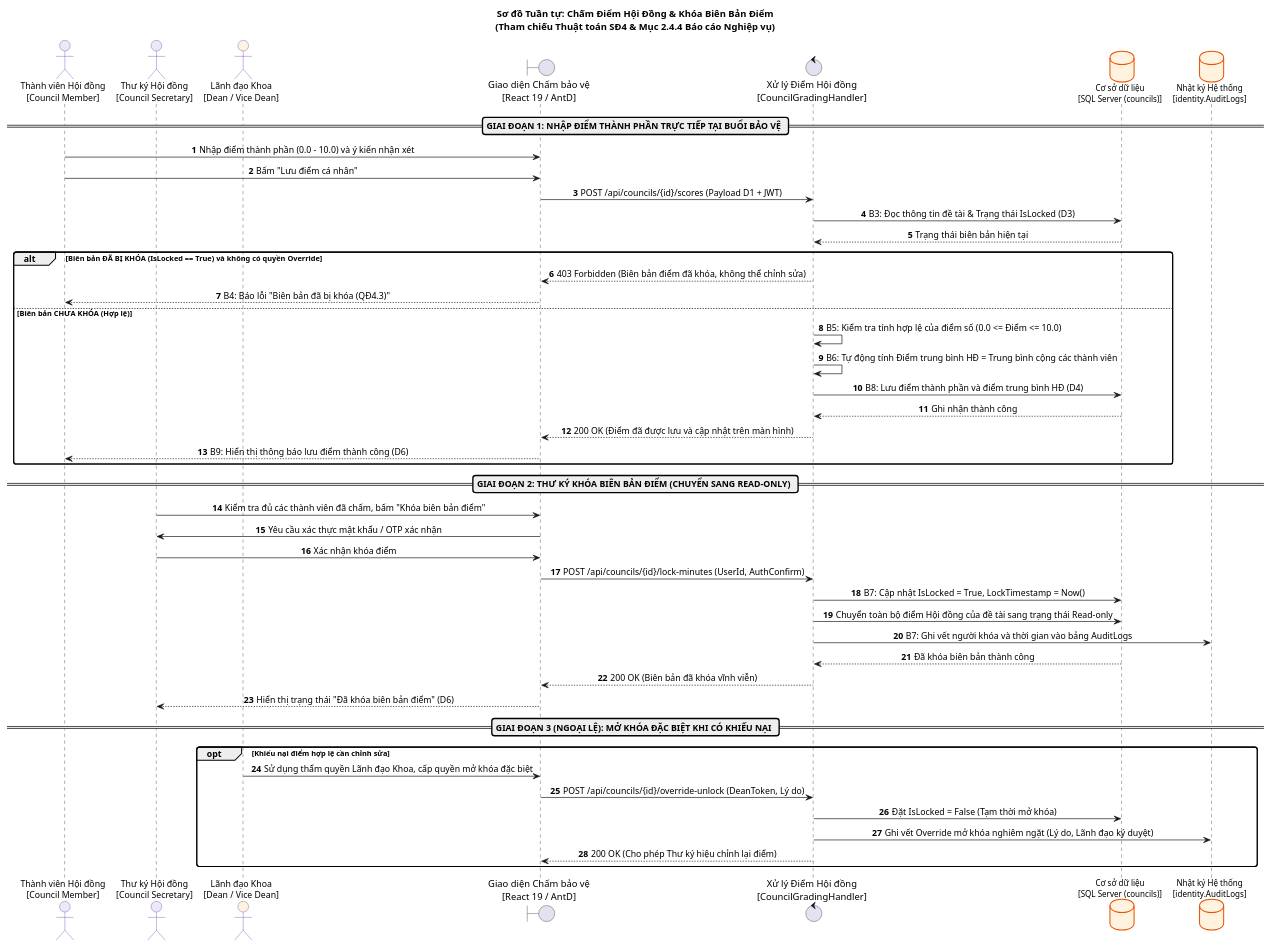
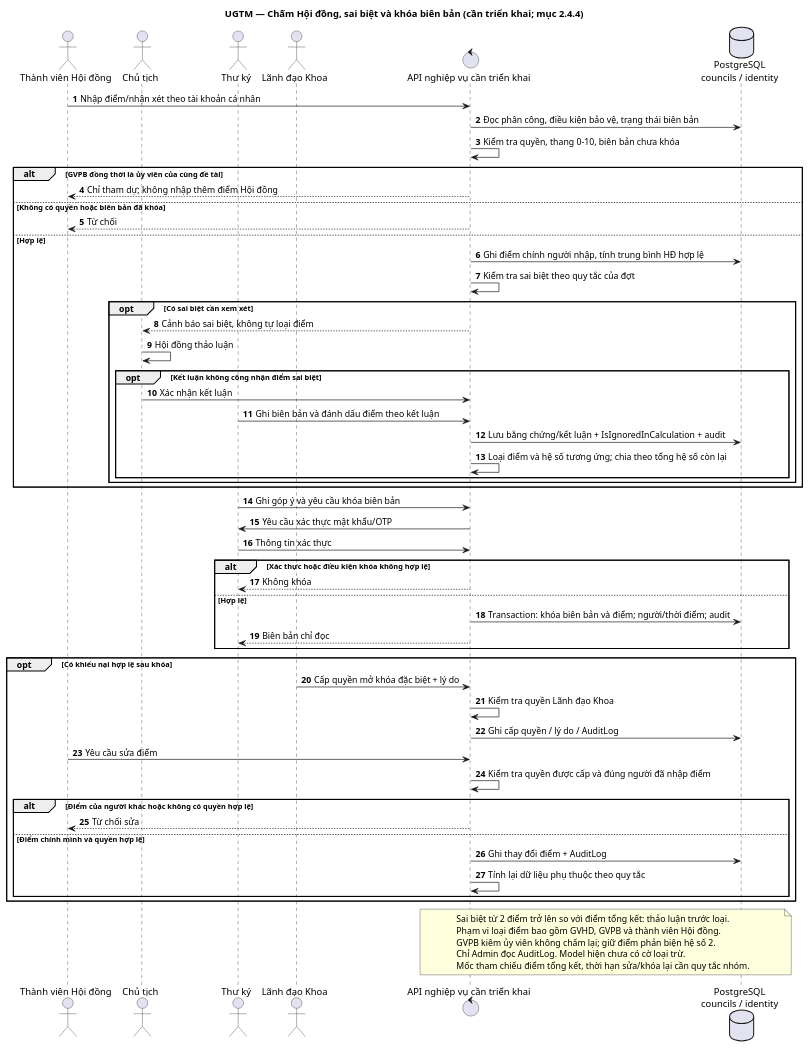
Before and after one commit to karasuma-2401/UGTM: the diagram in docs/PlantUML/Sequences/SD4_ChamDiemHoiDong_KhoaBienBan.puml, drawn with PlantUML. The commit also changed 324 other files, not shown here.

```diff
--- a/docs/PlantUML/Sequences/SD4_ChamDiemHoiDong_KhoaBienBan.puml
+++ b/docs/PlantUML/Sequences/SD4_ChamDiemHoiDong_KhoaBienBan.puml
@@ -1,80 +1,61 @@
 @startuml SD4_ChamDiemHoiDong_KhoaBienBan
+skinparam shadowing false
 autonumber
-skinparam roundcorner 8
-skinparam shadowing false
-skinparam sequenceMessageAlign center
-
-skinparam actor {
-    BackgroundColor #EDE7F6
-    BorderColor #512DA8
-    FontName Arial
-    FontSize 13
-}
-
-skinparam participant {
-    BackgroundColor #FFFFFF
-    BorderColor #1E88E5
-    FontName Arial
-    FontSize 12
-}
-
-skinparam database {
-    BackgroundColor #FFF3E0
-    BorderColor #E65100
-    FontName Arial
-    FontSize 12
-}
-
-title Sơ đồ Tuần tự: Chấm Điểm Hội Đồng & Khóa Biên Bản Điểm\n(Tham chiếu Thuật toán SĐ4 & Mục 2.4.4 Báo cáo Nghiệp vụ)
-
-actor "Thành viên Hội đồng\n[Council Member]" as Member
-actor "Thư ký Hội đồng\n[Council Secretary]" as Secretary
-actor "Lãnh đạo Khoa\n[Dean / Vice Dean]" as Dean #FFF3E0
-boundary "Giao diện Chấm bảo vệ\n[React 19 / AntD]" as SPA
-control "Xử lý Điểm Hội đồng\n[CouncilGradingHandler]" as Handler
-database "Cơ sở dữ liệu\n[SQL Server (councils)]" as DB
-database "Nhật ký Hệ thống\n[identity.AuditLogs]" as Audit
-
-== GIAI ĐOẠN 1: NHẬP ĐIỂM THÀNH PHẦN TRỰC TIẾP TẠI BUỔI BẢO VỆ ==
-Member -> SPA: Nhập điểm thành phần (0.0 - 10.0) và ý kiến nhận xét
-Member -> SPA: Bấm "Lưu điểm cá nhân"
-SPA -> Handler: POST /api/councils/{id}/scores (Payload D1 + JWT)
-
-Handler -> DB: B3: Đọc thông tin đề tài & Trạng thái IsLocked (D3)
-DB --> Handler: Trạng thái biên bản hiện tại
-
-alt Biên bản ĐÃ BỊ KHÓA (IsLocked == True) và không có quyền Override
-    Handler --> SPA: 403 Forbidden (Biên bản điểm đã khóa, không thể chỉnh sửa)
-    SPA --> Member: B4: Báo lỗi "Biên bản đã bị khóa (QĐ4.3)"
-else Biên bản CHƯA KHÓA (Hợp lệ)
-    Handler -> Handler: B5: Kiểm tra tính hợp lệ của điểm số (0.0 <= Điểm <= 10.0)
-    Handler -> Handler: B6: Tự động tính Điểm trung bình HĐ = Trung bình cộng các thành viên
-    Handler -> DB: B8: Lưu điểm thành phần và điểm trung bình HĐ (D4)
-    DB --> Handler: Ghi nhận thành công
-    Handler --> SPA: 200 OK (Điểm đã được lưu và cập nhật trên màn hình)
-    SPA --> Member: B9: Hiển thị thông báo lưu điểm thành công (D6)
+title UGTM — Chấm Hội đồng, sai biệt và khóa biên bản (cần triển khai; mục 2.4.4)
+actor "Thành viên Hội đồng" as Member
+actor "Chủ tịch" as Chair
+actor "Thư ký" as Secretary
+actor "Lãnh đạo Khoa" as Leader
+control "API nghiệp vụ cần triển khai" as API
+database "PostgreSQL\ncouncils / identity" as DB
+Member -> API : Nhập điểm/nhận xét theo tài khoản cá nhân
+API -> DB : Đọc phân công, điều kiện bảo vệ, trạng thái biên bản
+API -> API : Kiểm tra quyền, thang 0–10, biên bản chưa khóa
+alt GVPB đồng thời là ủy viên của cùng đề tài
+ API --> Member : Chỉ tham dự; không nhập thêm điểm Hội đồng
+else Không có quyền hoặc biên bản đã khóa
+ API --> Member : Từ chối
+else Hợp lệ
+ API -> DB : Ghi điểm chính người nhập, tính trung bình HĐ hợp lệ
+ API -> API : Kiểm tra sai biệt theo quy tắc của đợt
+ opt Có sai biệt cần xem xét
+  API --> Chair : Cảnh báo sai biệt, không tự loại điểm
+  Chair -> Chair : Hội đồng thảo luận
+  opt Kết luận không công nhận điểm sai biệt
+   Chair -> API : Xác nhận kết luận
+   Secretary -> API : Ghi biên bản và đánh dấu điểm theo kết luận
+   API -> DB : Lưu bằng chứng/kết luận + IsIgnoredInCalculation + audit
+   API -> API : Loại điểm và hệ số tương ứng; chia theo tổng hệ số còn lại
+  end
+ end
 end
-
-== GIAI ĐOẠN 2: THƯ KÝ KHÓA BIÊN BẢN ĐIỂM (CHUYỂN SANG READ-ONLY) ==
-Secretary -> SPA: Kiểm tra đủ các thành viên đã chấm, bấm "Khóa biên bản điểm"
-SPA -> Secretary: Yêu cầu xác thực mật khẩu / OTP xác nhận
-Secretary -> SPA: Xác nhận khóa điểm
-SPA -> Handler: POST /api/councils/{id}/lock-minutes (UserId, AuthConfirm)
-
-Handler -> DB: B7: Cập nhật IsLocked = True, LockTimestamp = Now()
-Handler -> DB: Chuyển toàn bộ điểm Hội đồng của đề tài sang trạng thái Read-only
-Handler -> Audit: B7: Ghi vết người khóa và thời gian vào bảng AuditLogs
-DB --> Handler: Đã khóa biên bản thành công
-Handler --> SPA: 200 OK (Biên bản đã khóa vĩnh viễn)
-SPA --> Secretary: Hiển thị trạng thái "Đã khóa biên bản điểm" (D6)
-
-== GIAI ĐOẠN 3 (NGOẠI LỆ): MỞ KHÓA ĐẶC BIỆT KHI CÓ KHIẾU NẠI ==
-opt Khiếu nại điểm hợp lệ cần chỉnh sửa
-    Dean -> SPA: Sử dụng thẩm quyền Lãnh đạo Khoa, cấp quyền mở khóa đặc biệt
-    SPA -> Handler: POST /api/councils/{id}/override-unlock (DeanToken, Lý do)
-    Handler -> DB: Đặt IsLocked = False (Tạm thời mở khóa)
-    Handler -> Audit: Ghi vết Override mở khóa nghiêm ngặt (Lý do, Lãnh đạo ký duyệt)
-    Handler --> SPA: 200 OK (Cho phép Thư ký hiệu chỉnh lại điểm)
+Secretary -> API : Ghi góp ý và yêu cầu khóa biên bản
+API -> Secretary : Yêu cầu xác thực mật khẩu/OTP
+Secretary -> API : Thông tin xác thực
+alt Xác thực hoặc điều kiện khóa không hợp lệ
+ API --> Secretary : Không khóa
+else Hợp lệ
+ API -> DB : Transaction: khóa biên bản và điểm; người/thời điểm; audit
+ API --> Secretary : Biên bản chỉ đọc
 end
-
+opt Có khiếu nại hợp lệ sau khóa
+ Leader -> API : Cấp quyền mở khóa đặc biệt + lý do
+ API -> API : Kiểm tra quyền Lãnh đạo Khoa
+ API -> DB : Ghi cấp quyền / lý do / AuditLog
+ Member -> API : Yêu cầu sửa điểm
+ API -> API : Kiểm tra quyền được cấp và đúng người đã nhập điểm
+ alt Điểm của người khác hoặc không có quyền hợp lệ
+  API --> Member : Từ chối sửa
+ else Điểm chính mình và quyền hợp lệ
+  API -> DB : Ghi thay đổi điểm + AuditLog
+  API -> API : Tính lại dữ liệu phụ thuộc theo quy tắc
+ end
+end
+note over API,DB
+Sai biệt từ 2 điểm trở lên so với điểm tổng kết: thảo luận trước loại.
+Phạm vi loại điểm bao gồm GVHD, GVPB và thành viên Hội đồng.
+GVPB kiêm ủy viên không chấm lại; giữ điểm phản biện hệ số 2.
+Chỉ Admin đọc AuditLog. Model hiện chưa có cờ loại trừ.
+Mốc tham chiếu điểm tổng kết, thời hạn sửa/khóa lại cần quy tắc nhóm.
+end note
 @enduml
```
